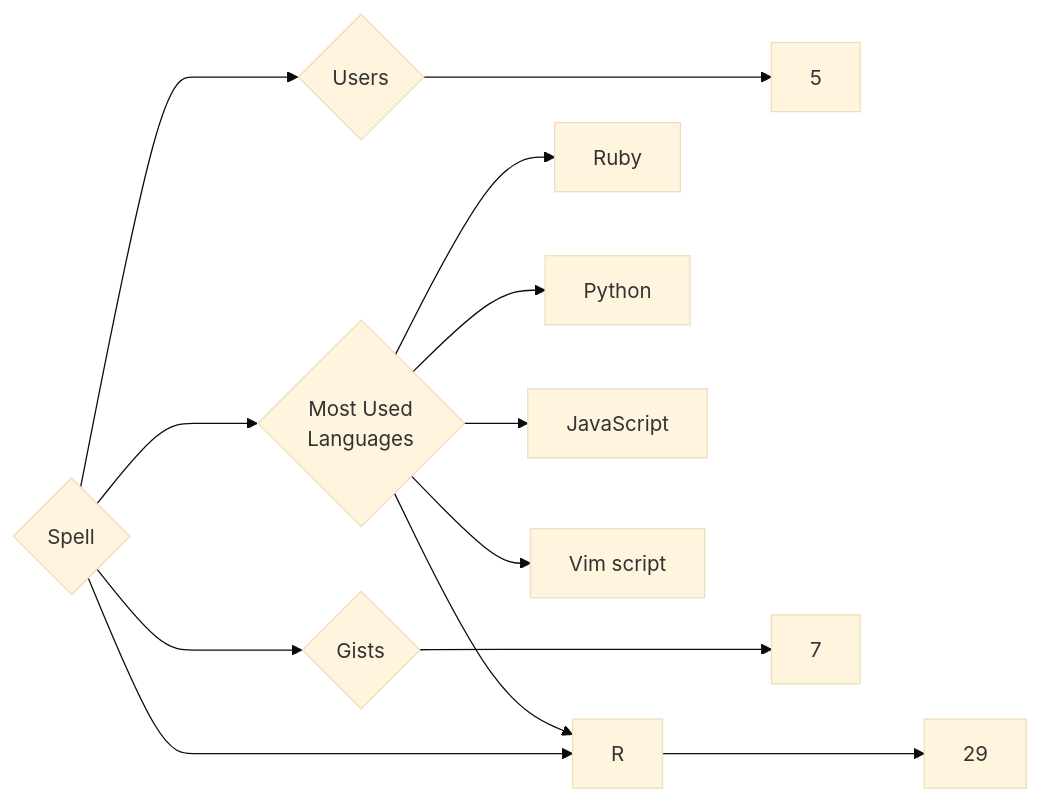
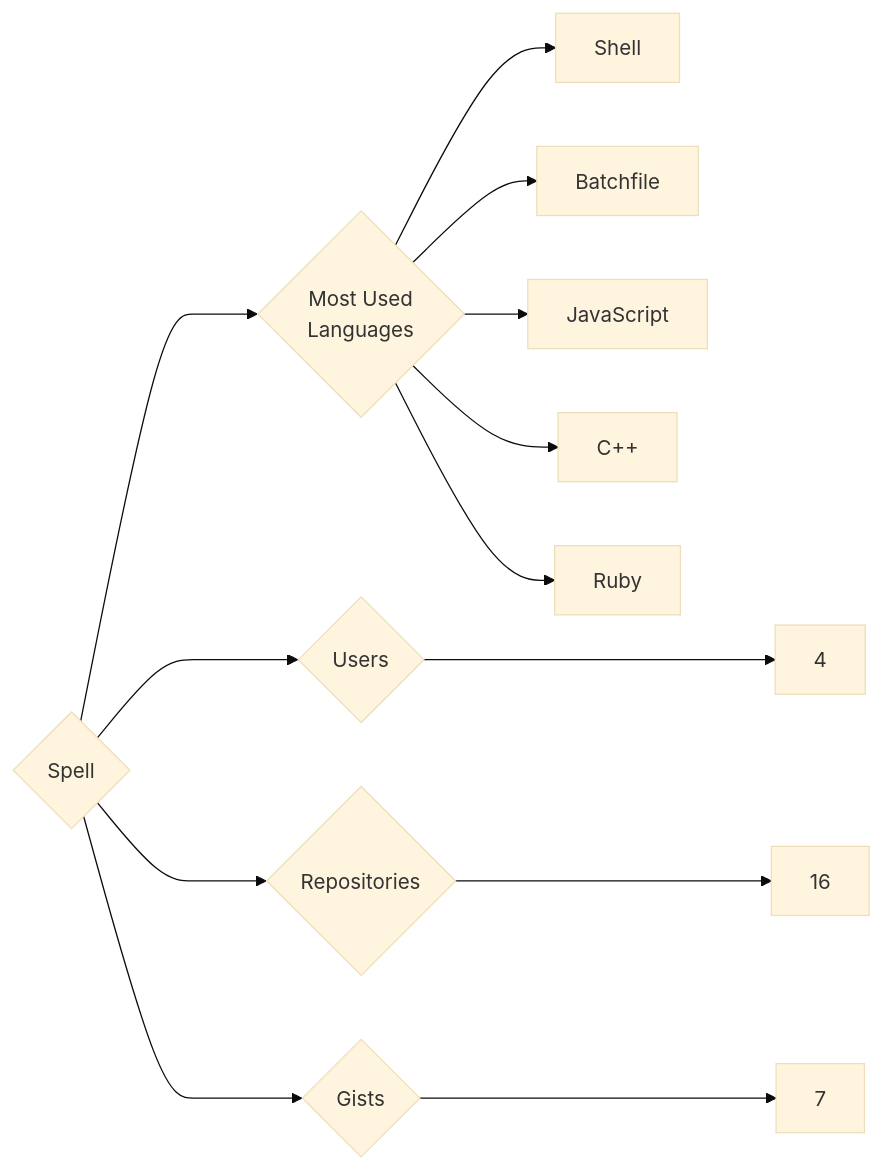
Before and after one commit to trickest/insiders: the diagram in targets/Spell/README.md, drawn with Mermaid (base theme). The commit also changed 940 other files, not shown here.

````diff
--- a/targets/Spell/README.md
+++ b/targets/Spell/README.md
@@ -3,13 +3,13 @@
 ```mermaid
 graph LR
 COMPANY_NAME{Spell}
-COMPANY_NAME ---> U{Users} ---> UN[5]
-COMPANY_NAME ---> R{Repositories} ---> RN[29]
+COMPANY_NAME ---> U{Users} ---> UN[4]
+COMPANY_NAME ---> R{Repositories} ---> RN[16]
 COMPANY_NAME ---> G{Gists} ---> GN[7]
 COMPANY_NAME ---> ML{Most Used<br>Languages}
+ML --> Shell[Shell]
+ML --> Batchfile[Batchfile]
+ML --> JavaScript[JavaScript]
+ML --> C++[C++]
 ML --> Ruby[Ruby]
-ML --> Python[Python]
-ML --> JavaScript[JavaScript]
-ML --> R[R]
-ML --> Vim_script[Vim script]
 ```
````
